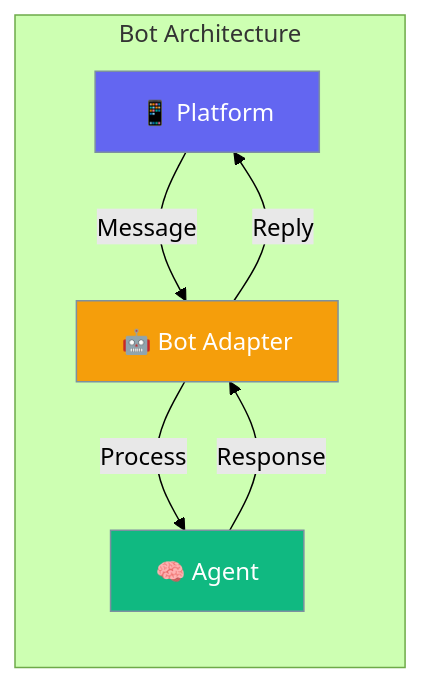
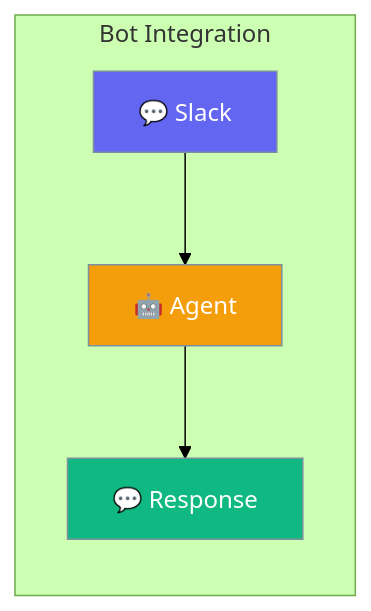
Before and after one commit to MervinPraison/PraisonAIDocs: the first of 2 diagrams in docs/js/bots.mdx, drawn with Mermaid (forest theme). The commit also changed other lines of this file and 30 other files, not shown here.

````diff
--- a/docs/js/bots.mdx
+++ b/docs/js/bots.mdx
@@ -10,17 +10,15 @@
 ```mermaid
 graph LR
-    subgraph "Bot Architecture"
-        A[📱 Platform] -->|Message| B[🤖 Bot Adapter]
-        B -->|Process| C[🧠 Agent]
-        C -->|Response| B
-        B -->|Reply| A
+    subgraph "Bot Integration"
+        A[💬 Slack] --> B[🤖 Agent]
+        B --> C[💬 Response]
     end
     
     classDef platform fill:#6366F1,stroke:#7C90A0,color:#fff
-    classDef bot fill:#F59E0B,stroke:#7C90A0,color:#fff
-    classDef agent fill:#10B981,stroke:#7C90A0,color:#fff
+    classDef agent fill:#F59E0B,stroke:#7C90A0,color:#fff
+    classDef output fill:#10B981,stroke:#7C90A0,color:#fff
     
     class A platform
-    class B bot
-    class C agent
+    class B agent
+    class C output
 ```
````
